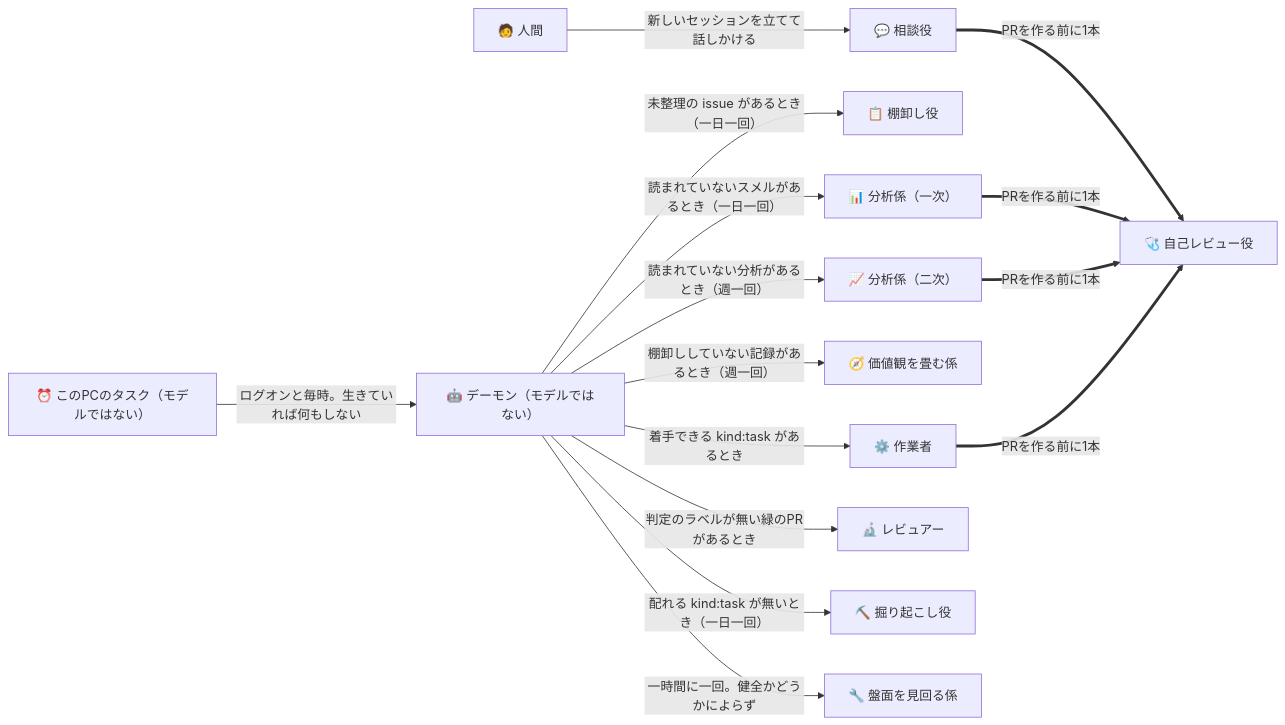
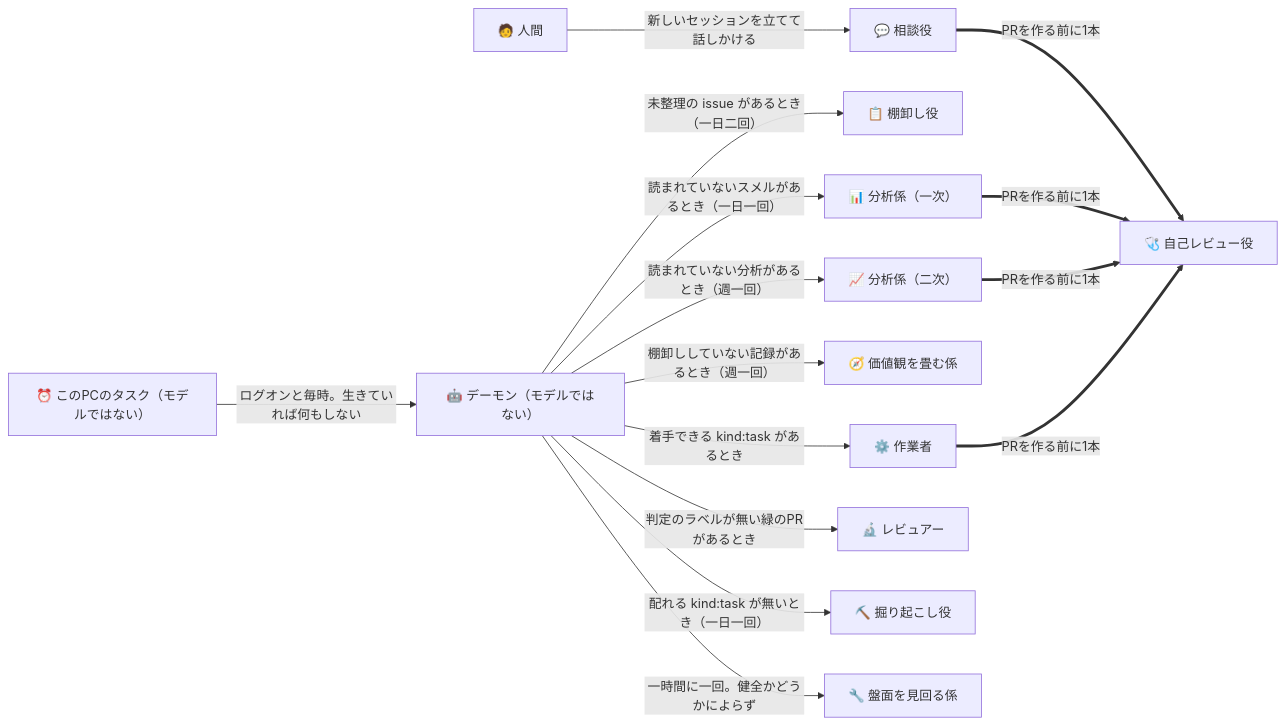
The first of 5 diagrams in docs/ParallelAgents.md (gooyyu1/UnmappedIsland), drawn with Mermaid before and after one commit. The commit also changed other lines of this file and 5 other files, not shown here.

````diff
--- a/docs/ParallelAgents.md
+++ b/docs/ParallelAgents.md
@@ -29,31 +29,31 @@
 ```mermaid
 flowchart LR
     Human["🧑 人間"]
     Task["⏰ このPCのタスク（モデルではない）"]
     Daemon["🤖 デーモン（モデルではない）"]
     Adviser["💬 相談役"]
     Triage["📋 棚卸し役"]
     Analysis["📊 分析係（一次）"]
     Trend["📈 分析係（二次）"]
     Policy["🧭 価値観を畳む係"]
     Reviewer["🔬 レビュアー"]
     Worker["⚙️ 作業者"]
     SelfReview["🩺 自己レビュー役"]
     Digger["⛏️ 掘り起こし役"]
     Patrol["🔧 盤面を見回る係"]
 
     Human -->|"新しいセッションを立てて話しかける"| Adviser
     Task -->|"ログオンと毎時。生きていれば何もしない"| Daemon
-    Daemon -->|"未整理の issue があるとき（一日一回）"| Triage
+    Daemon -->|"未整理の issue があるとき（一日二回）"| Triage
     Daemon -->|"読まれていないスメルがあるとき（一日一回）"| Analysis
     Daemon -->|"読まれていない分析があるとき（週一回）"| Trend
     Daemon -->|"棚卸ししていない記録があるとき（週一回）"| Policy
     Daemon -->|"着手できる kind:task があるとき"| Worker
     Daemon -->|"判定のラベルが無い緑のPRがあるとき"| Reviewer
     Daemon -->|"配れる kind:task が無いとき（一日一回）"| Digger
     Daemon -->|"一時間に一回。健全かどうかによらず"| Patrol
     Worker ==>|"PRを作る前に1本"| SelfReview
     Analysis ==>|"PRを作る前に1本"| SelfReview
     Trend ==>|"PRを作る前に1本"| SelfReview
     Adviser ==>|"PRを作る前に1本"| SelfReview
 ```
````
